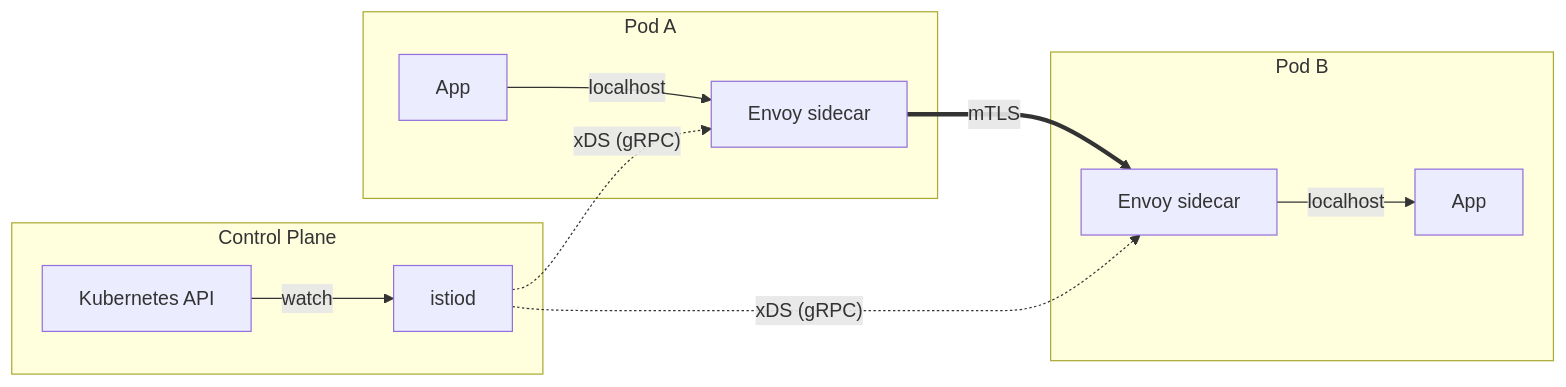
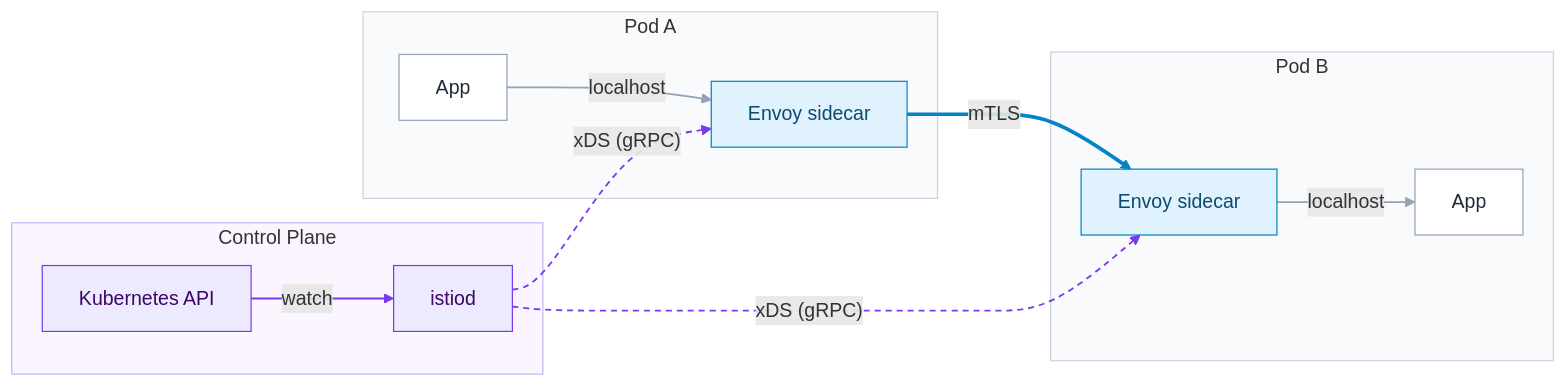
The first of 6 diagrams in content/posts/2026-09-26-istio-envoy-xds/index.md (ChanghwanK/ChanghwanK.github.io), drawn with Mermaid before and after one commit. The commit also changed other lines of this file, not shown here.

Commit message:
content(blog): color the mesh overview diagram to match the others

````diff
--- a/content/posts/2026-09-26-istio-envoy-xds/index.md
+++ b/content/posts/2026-09-26-istio-envoy-xds/index.md
@@ -22,15 +22,30 @@
 ```mermaid
 flowchart LR
   subgraph CP["Control Plane"]
     K8S["Kubernetes API"] -->|watch| ISTIOD["istiod"]
   end
   subgraph PodA["Pod A"]
     AppA["App"] -->|localhost| EnvoyA["Envoy sidecar"]
   end
   subgraph PodB["Pod B"]
     EnvoyB["Envoy sidecar"] -->|localhost| AppB["App"]
   end
   ISTIOD -.->|"xDS (gRPC)"| EnvoyA
   ISTIOD -.->|"xDS (gRPC)"| EnvoyB
   EnvoyA ==>|mTLS| EnvoyB
+
+  classDef control fill:#ede9fe,stroke:#7c3aed,color:#3b0764
+  classDef proxy fill:#e0f2fe,stroke:#0284c7,color:#0c4a6e
+  classDef app fill:#ffffff,stroke:#94a3b8,color:#1e293b
+  class K8S,ISTIOD control
+  class EnvoyA,EnvoyB proxy
+  class AppA,AppB app
+  style CP fill:#faf5ff,stroke:#c4b5fd
+  style PodA fill:#f8fafc,stroke:#cbd5e1
+  style PodB fill:#f8fafc,stroke:#cbd5e1
+
+  linkStyle 0 stroke:#7c3aed,stroke-width:1.5px
+  linkStyle 1,2 stroke:#94a3b8,stroke-width:1.5px
+  linkStyle 3,4 stroke:#7c3aed,stroke-width:1.5px,stroke-dasharray:5 4
+  linkStyle 5 stroke:#0284c7,stroke-width:3px
 ```
````
